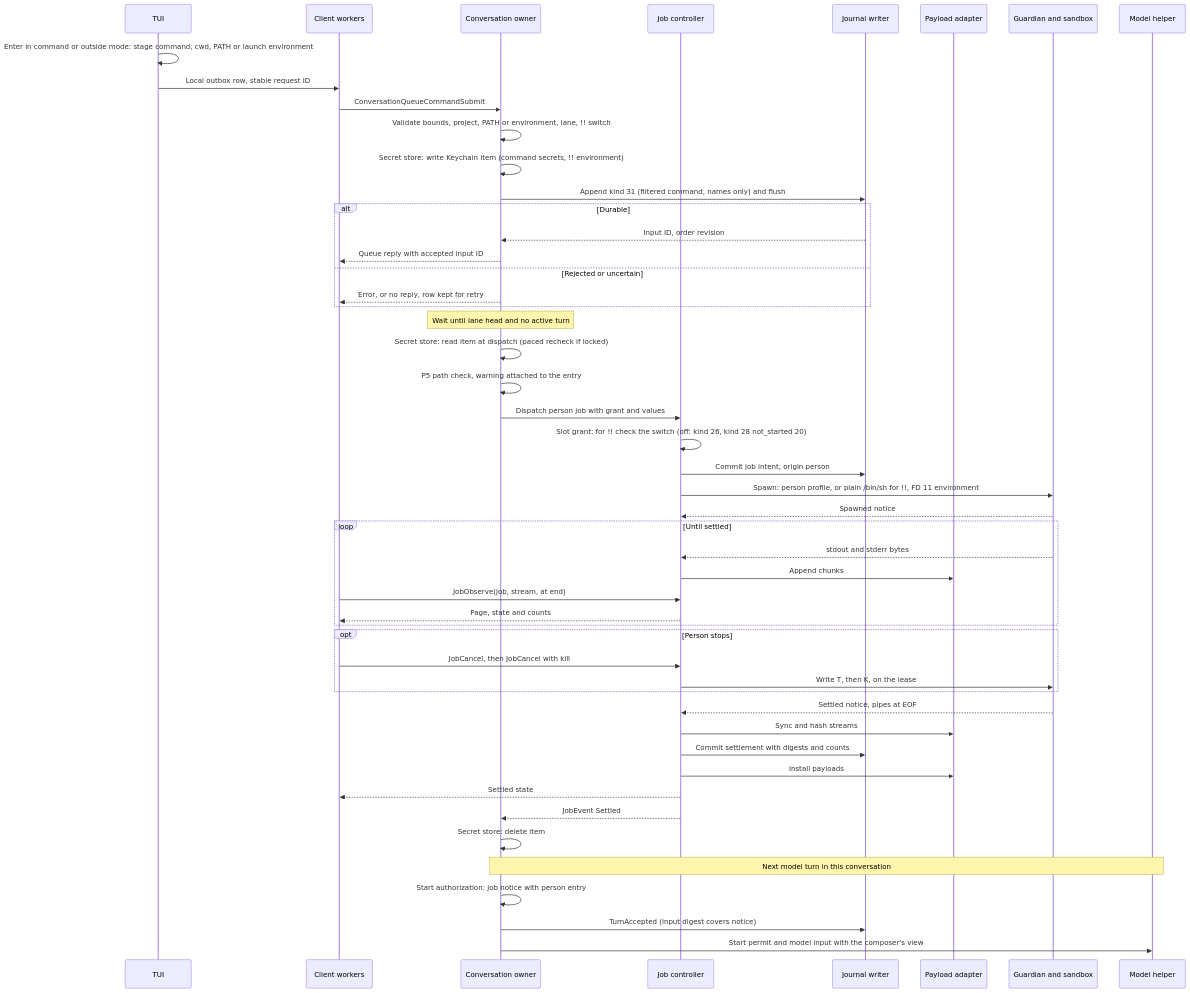
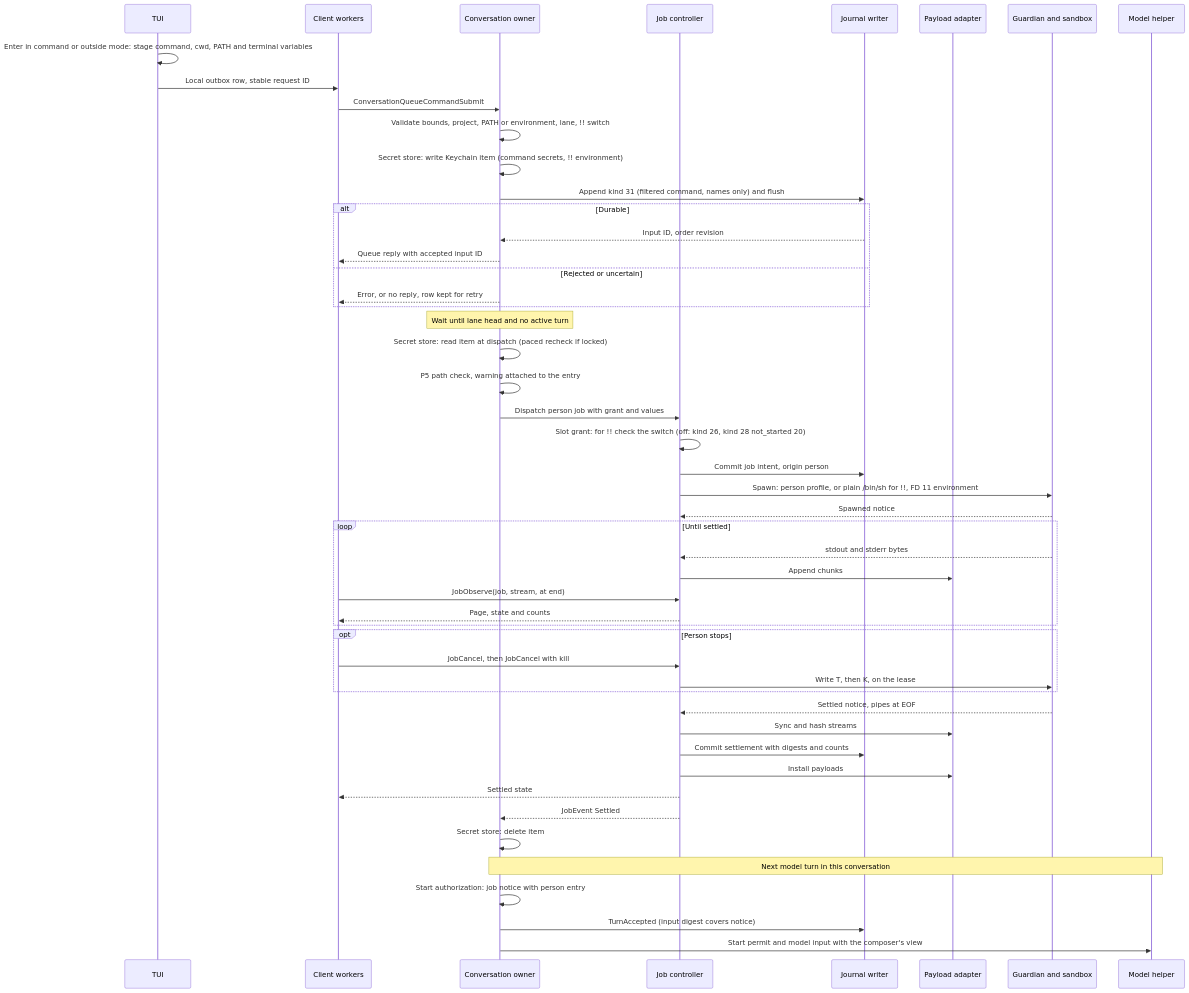
Before and after one commit to pidster/asura: the seventh of 10 diagrams in docs/designs/person-command-mode.md, drawn with Mermaid. The commit also changed other lines of this file and 9 other files, not shown here.

````diff
--- a/docs/designs/person-command-mode.md
+++ b/docs/designs/person-command-mode.md
@@ -1571,52 +1464,52 @@
 ```mermaid
 sequenceDiagram
     participant U as TUI
     participant C as Client workers
     participant S as Conversation owner
     participant K as Job controller
     participant J as Journal writer
     participant P as Payload adapter
     participant G as Guardian and sandbox
     participant M as Model helper
-    U->>U: Enter in command or outside mode: stage command, cwd, PATH or launch environment
+    U->>U: Enter in command or outside mode: stage command, cwd, PATH and terminal variables
     U->>C: Local outbox row, stable request ID
     C->>S: ConversationQueueCommandSubmit
     S->>S: Validate bounds, project, PATH or environment, lane, !! switch
     S->>S: Secret store: write Keychain item (command secrets, !! environment)
     S->>J: Append kind 31 (filtered command, names only) and flush
     alt Durable
         J-->>S: Input ID, order revision
         S-->>C: Queue reply with accepted input ID
     else Rejected or uncertain
         S-->>C: Error, or no reply, row kept for retry
     end
     Note over S: Wait until lane head and no active turn
     S->>S: Secret store: read item at dispatch (paced recheck if locked)
     S->>S: P5 path check, warning attached to the entry
     S->>K: Dispatch person job with grant and values
     K->>K: Slot grant: for !! check the switch (off: kind 26, kind 28 not_started 20)
     K->>J: Commit job intent, origin person
     K->>G: Spawn: person profile, or plain /bin/sh for !!, FD 11 environment
     G-->>K: Spawned notice
     loop Until settled
         G-->>K: stdout and stderr bytes
         K->>P: Append chunks
         C->>K: JobObserve(job, stream, at end)
         K-->>C: Page, state and counts
     end
     opt Person stops
         C->>K: JobCancel, then JobCancel with kill
         K->>G: Write T, then K, on the lease
     end
     G-->>K: Settled notice, pipes at EOF
     K->>P: Sync and hash streams
     K->>J: Commit settlement with digests and counts
     K->>P: Install payloads
     K-->>C: Settled state
     K-->>S: JobEvent Settled
     S->>S: Secret store: delete item
     Note over S,M: Next model turn in this conversation
     S->>S: Start authorization: job notice with person entry
     S->>J: TurnAccepted (input digest covers notice)
     S->>M: Start permit and model input with the composer's view
 ```
````
